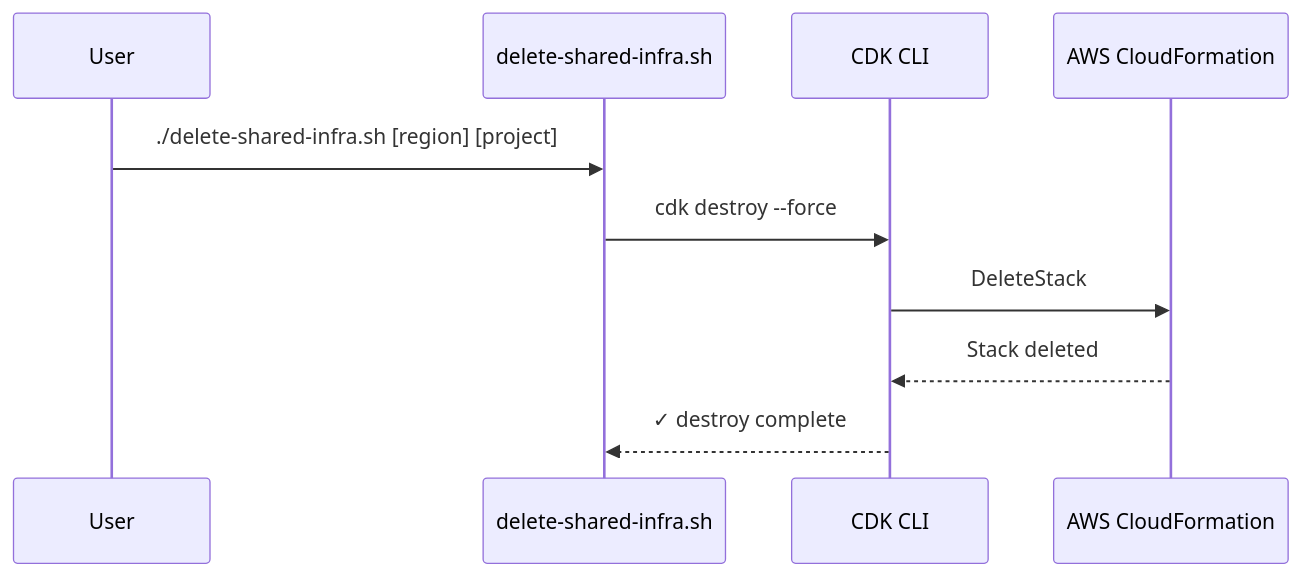
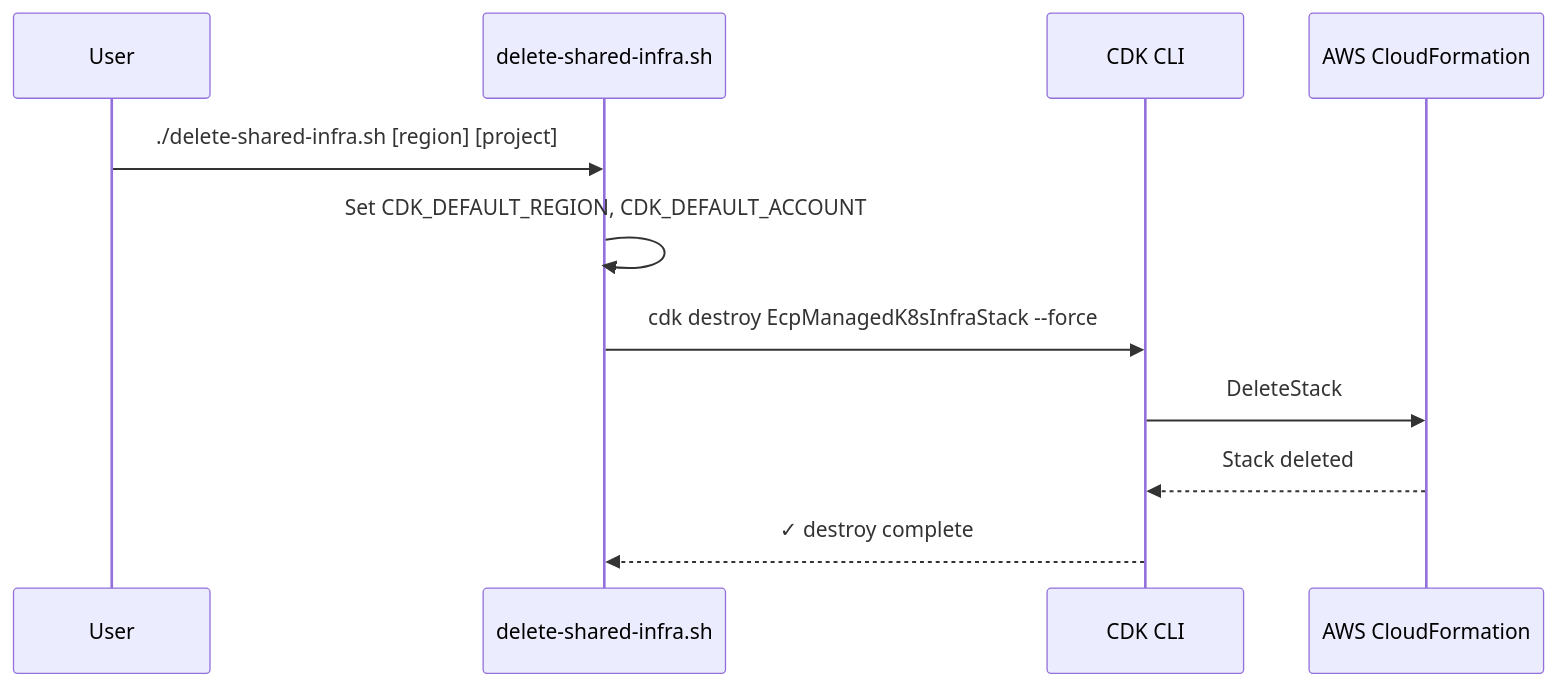
Before and after one commit to codriverlabs/express-compute-managed-k8s-infra: the second of 5 diagrams in .agents/summary/workflows.md, drawn with Mermaid. The commit also changed other lines of this file and 9 other files, not shown here.

````diff
--- a/.agents/summary/workflows.md
+++ b/.agents/summary/workflows.md
@@ -30,13 +31,14 @@
 ```mermaid
 sequenceDiagram
     participant User
     participant Script as delete-shared-infra.sh
     participant CDK as CDK CLI
     participant AWS as AWS CloudFormation
 
     User->>Script: ./delete-shared-infra.sh [region] [project]
-    Script->>CDK: cdk destroy --force
+    Script->>Script: Set CDK_DEFAULT_REGION, CDK_DEFAULT_ACCOUNT
+    Script->>CDK: cdk destroy EcpManagedK8sInfraStack --force
     CDK->>AWS: DeleteStack
     AWS-->>CDK: Stack deleted
     CDK-->>Script: ✓ destroy complete
 ```
````
